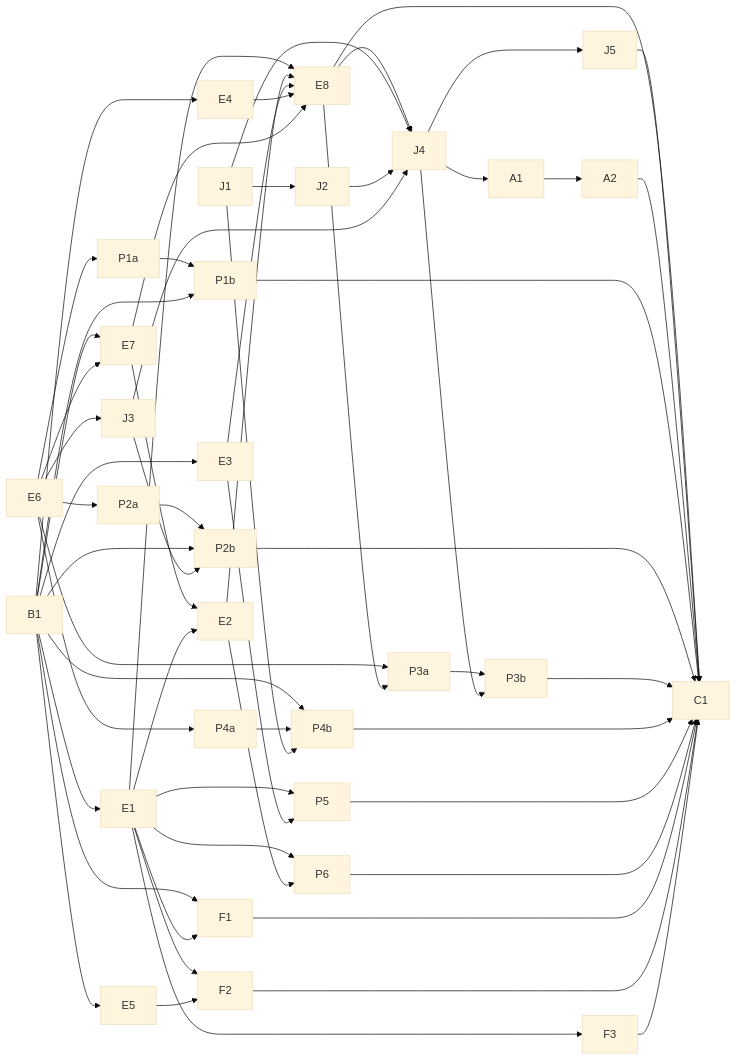
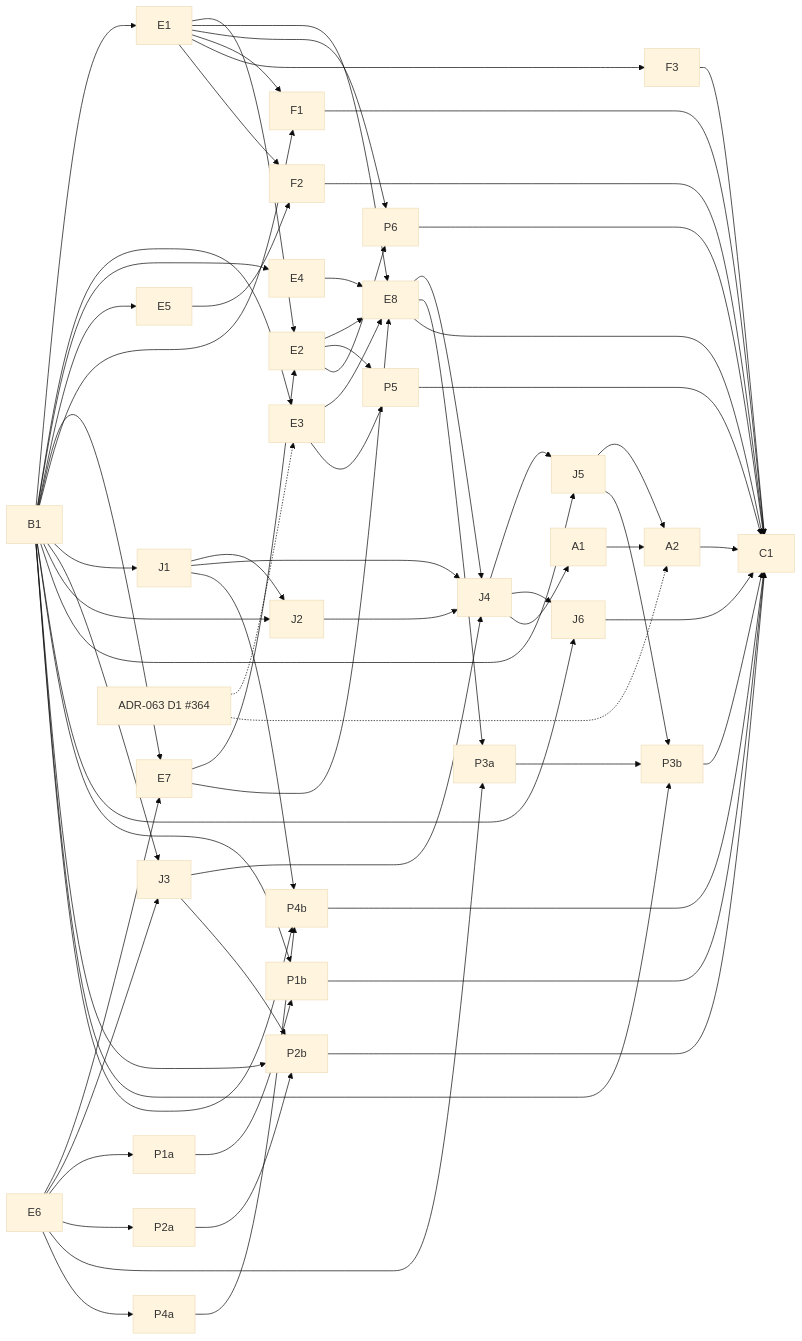
The diagram in docs/adr/ADR-065-four-agent-joint-speculative-verify.md (robertelee78/hf2q), drawn with Mermaid (base theme) before and after one commit. The commit also changed other lines of this file, not shown here.

Commit message:
docs(adr): ADR-065 execution-readiness fixes (campaign tooling, J4/J5 split, measurement inputs)

````diff
--- a/docs/adr/ADR-065-four-agent-joint-speculative-verify.md
+++ b/docs/adr/ADR-065-four-agent-joint-speculative-verify.md
@@ -793,24 +825,28 @@
 ```mermaid
 flowchart LR
   B1 --> E1 & E3 & E4 & E5 & E7 & F1
   E6 --> E7 --> E2
   E1 --> E2
   E1 & E2 & E3 & E4 & E7 --> E8
-  J1 --> J2
-  E6 --> J3
+  B1 --> J1 --> J2
+  B1 & E6 --> J3
   E8 & J1 & J2 & J3 --> J4 --> J5
+  B1 --> J2 & J5 & J6
+  J4 --> J6
   J4 --> A1 --> A2
+  J5 --> A2
   E6 --> P1a --> P1b
   E6 --> P2a --> P2b
-  B1 --> P1b & P2b & P4b
+  B1 --> P1b & P2b & P3b & P4b
   J3 --> P2b
   E6 & E8 --> P3a --> P3b
-  J4 --> P3b
+  J5 --> P3b
   E6 --> P4a --> P4b
   J1 --> P4b
-  E1 & E3 --> P5
+  E2 & E3 --> P5
   E1 & E2 --> P6
   E1 --> F1 & F3
   E1 & E5 --> F2
-  E8 & J5 & A2 & P1b & P2b & P3b & P4b & P5 & P6 & F1 & F2 & F3 --> C1
+  D1[ADR-063 D1 #364] -.-> E3 & A2
+  E8 & J6 & A2 & P1b & P2b & P3b & P4b & P5 & P6 & F1 & F2 & F3 --> C1
 ```
````
